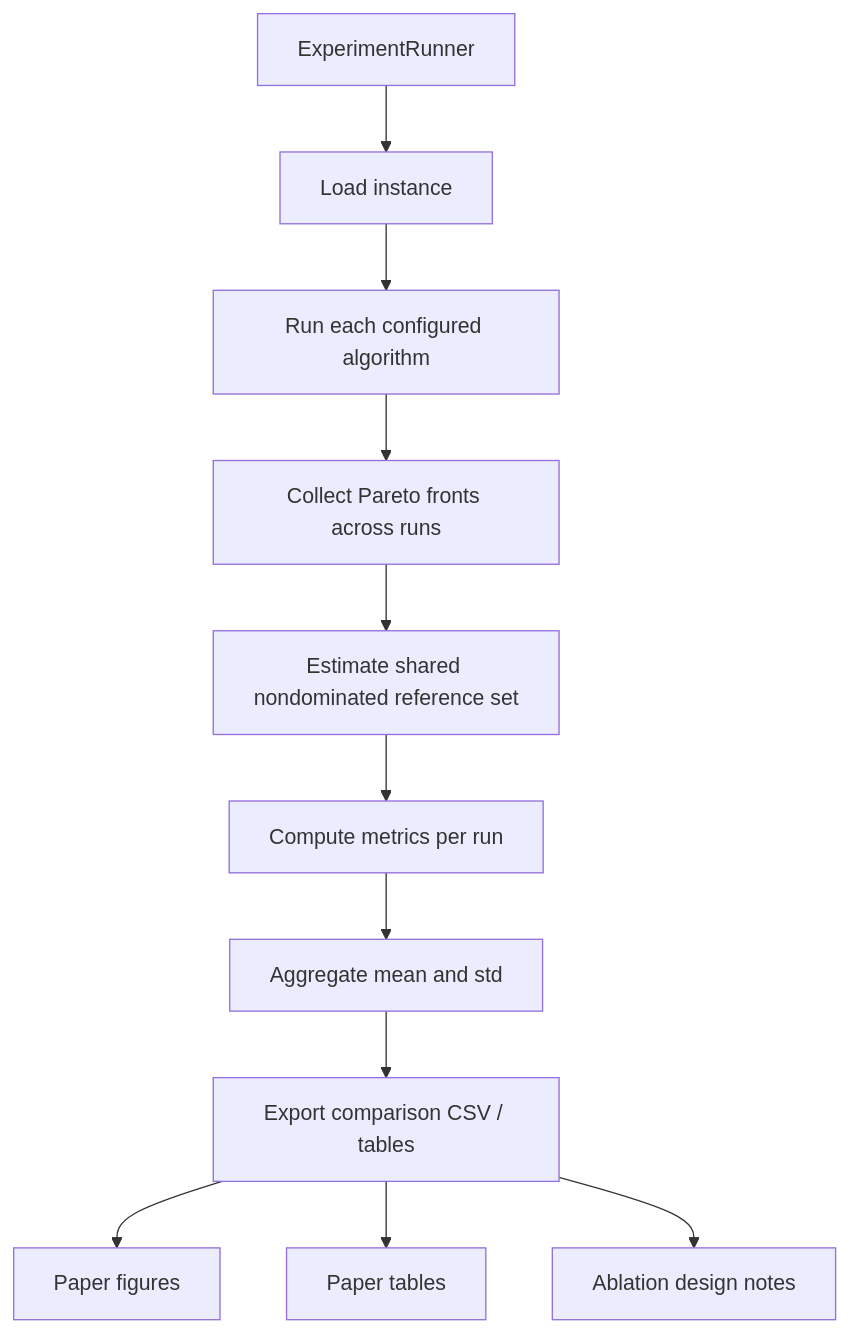
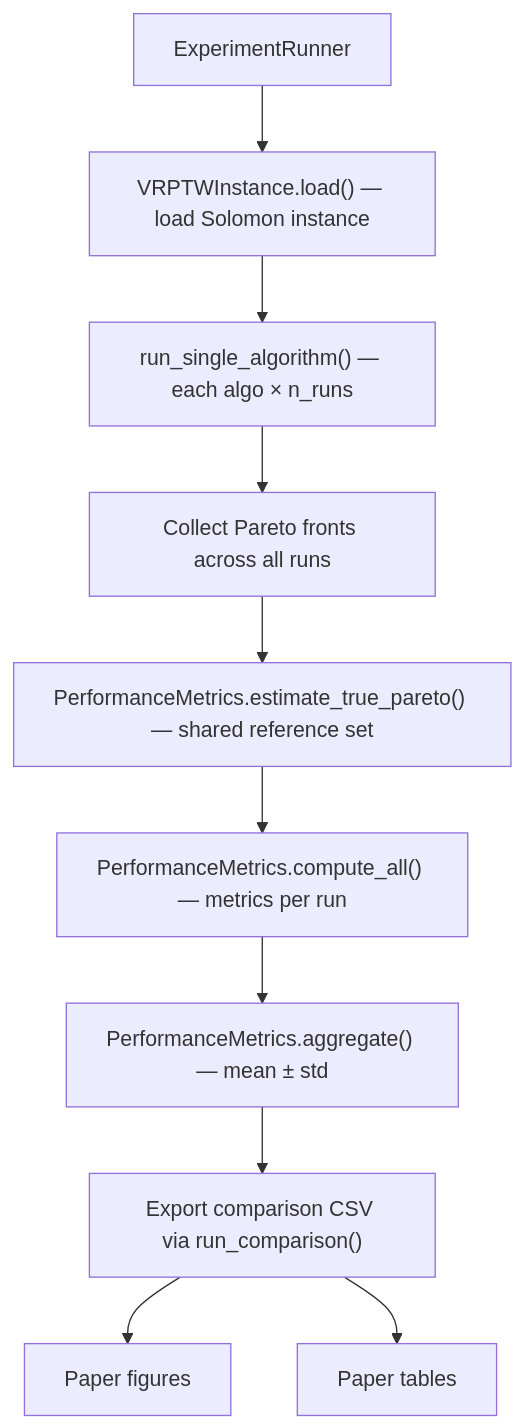
The eighth of 8 diagrams in q1_diagrams_mermaid.md (nmhieu981/vrptw-for-pisso), drawn with Mermaid before and after one commit. The commit also changed other lines of this file, not shown here.

````diff
--- a/q1_diagrams_mermaid.md
+++ b/q1_diagrams_mermaid.md
@@ -179,14 +335,13 @@
 ```mermaid
 flowchart TD
-    A["ExperimentRunner"] --> B["Load instance"]
-    B --> C["Run each configured algorithm"]
-    C --> D["Collect Pareto fronts across runs"]
-    D --> E["Estimate shared nondominated reference set"]
-    E --> F["Compute metrics per run"]
-    F --> G["Aggregate mean and std"]
-    G --> H["Export comparison CSV / tables"]
+    A["ExperimentRunner"] --> B["VRPTWInstance.load() — load Solomon instance"]
+    B --> C["run_single_algorithm() — each algo × n_runs"]
+    C --> D["Collect Pareto fronts across all runs"]
+    D --> E["PerformanceMetrics.estimate_true_pareto() — shared reference set"]
+    E --> F["PerformanceMetrics.compute_all() — metrics per run"]
+    F --> G["PerformanceMetrics.aggregate() — mean ± std"]
+    G --> H["Export comparison CSV via run_comparison()"]
 
     H --> I["Paper figures"]
     H --> J["Paper tables"]
-    H --> K["Ablation design notes"]
 ```
````
